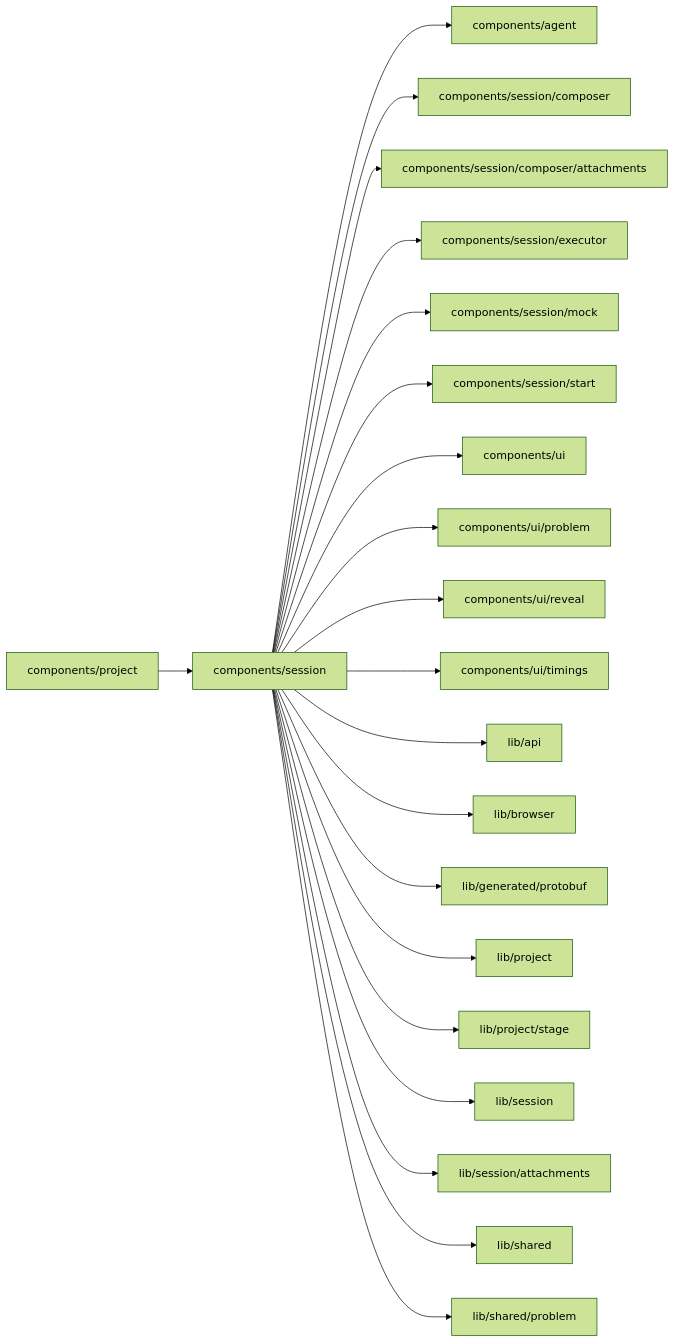
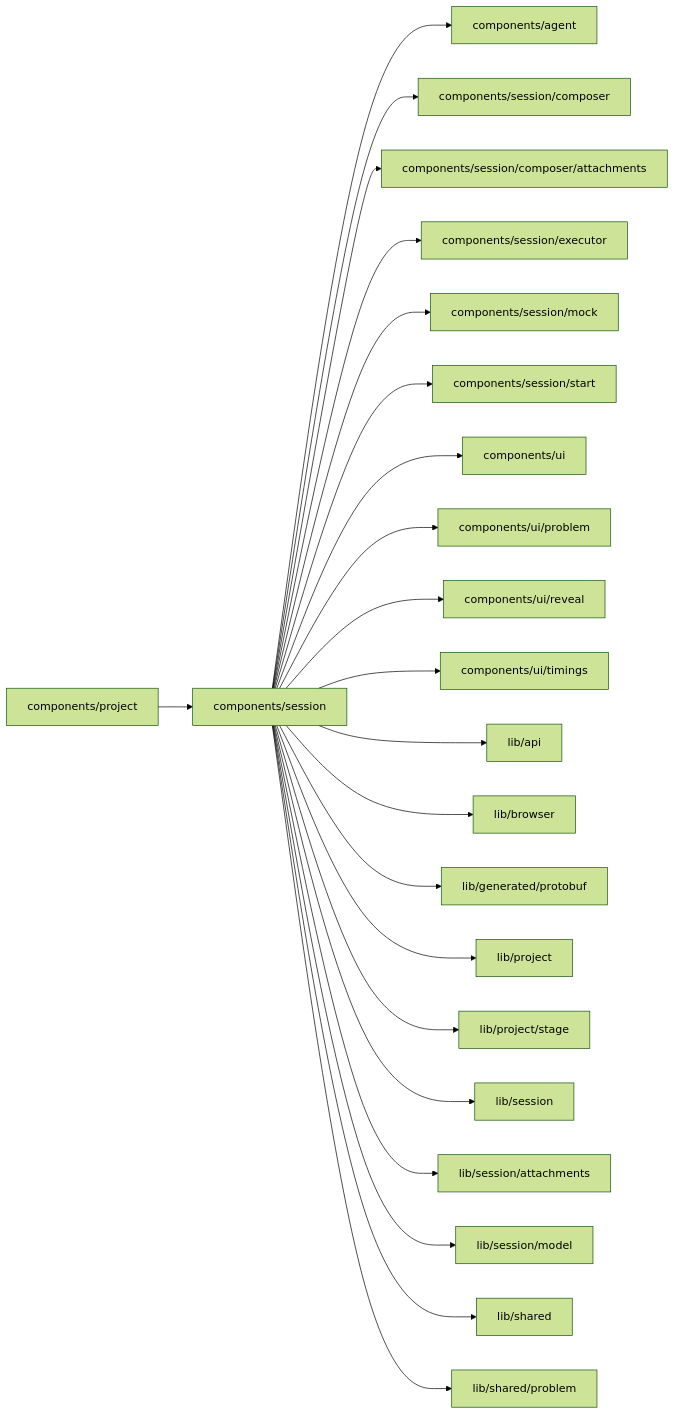
The diagram in web/studio/components/session/README.md (superdurable/superverse), drawn with Mermaid (forest theme) before and after one commit. The commit also changed other lines of this file and 75 other files, not shown here.

````diff
--- a/web/studio/components/session/README.md
+++ b/web/studio/components/session/README.md
@@ -10,24 +10,25 @@
 ```mermaid
 flowchart LR
   self["components/session"]
   c0["components/project"] --> self
   self --> d0["components/agent"]
   self --> d1["components/session/composer"]
   self --> d2["components/session/composer/attachments"]
   self --> d3["components/session/executor"]
   self --> d4["components/session/mock"]
   self --> d5["components/session/start"]
   self --> d6["components/ui"]
   self --> d7["components/ui/problem"]
   self --> d8["components/ui/reveal"]
   self --> d9["components/ui/timings"]
   self --> d10["lib/api"]
   self --> d11["lib/browser"]
   self --> d12["lib/generated/protobuf"]
   self --> d13["lib/project"]
   self --> d14["lib/project/stage"]
   self --> d15["lib/session"]
   self --> d16["lib/session/attachments"]
-  self --> d17["lib/shared"]
-  self --> d18["lib/shared/problem"]
+  self --> d17["lib/session/model"]
+  self --> d18["lib/shared"]
+  self --> d19["lib/shared/problem"]
 ```
````
